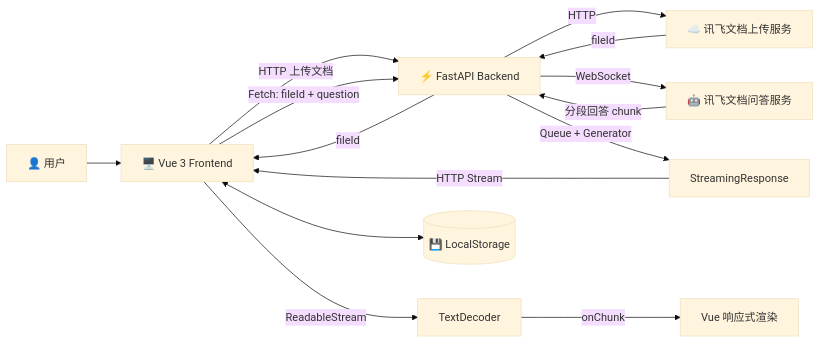
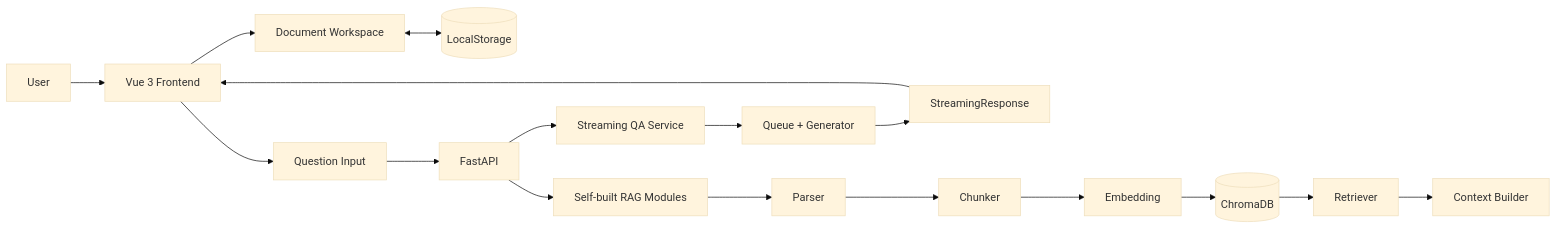
Before and after one commit to luojingjing0920/RAGanswer: the second of 2 diagrams in README.md, drawn with Mermaid (base theme). The commit also changed other lines of this file, not shown here.

Commit message:
docs: update self-built RAG retrieval architecture“

````diff
--- a/README.md
+++ b/README.md
@@ -159,22 +855,26 @@
 ```mermaid
 flowchart LR
-    A[👤 用户] --> B[🖥️ Vue 3 Frontend]
+    A[User] --> B[Vue 3 Frontend]
 
-    B -->|HTTP 上传文档| C[⚡ FastAPI Backend]
-    C -->|HTTP| D[☁️ 讯飞文档上传服务]
-    D -->|fileId| C
-    C -->|fileId| B
+    B --> C[Document Workspace]
+    B --> D[Question Input]
 
-    B -->|Fetch: fileId + question| C
-    C -->|WebSocket| E[🤖 讯飞文档问答服务]
+    C <--> E[(LocalStorage)]
 
-    E -->|分段回答 chunk| C
-    C -->|Queue + Generator| F[StreamingResponse]
+    D --> F[FastAPI]
 
-    F -->|HTTP Stream| B
+    F --> G[Streaming QA Service]
+    G --> H[Queue + Generator]
+    H --> I[StreamingResponse]
 
-    B -->|ReadableStream| G[TextDecoder]
-    G -->|onChunk| H[Vue 响应式渲染]
+    I --> B
 
-    B <--> I[(💾 LocalStorage)]
+    F --> J[Self-built RAG Modules]
+
+    J --> K[Parser]
+    K --> L[Chunker]
+    L --> M[Embedding]
+    M --> N[(ChromaDB)]
+    N --> O[Retriever]
+    O --> P[Context Builder]
 ```
````
